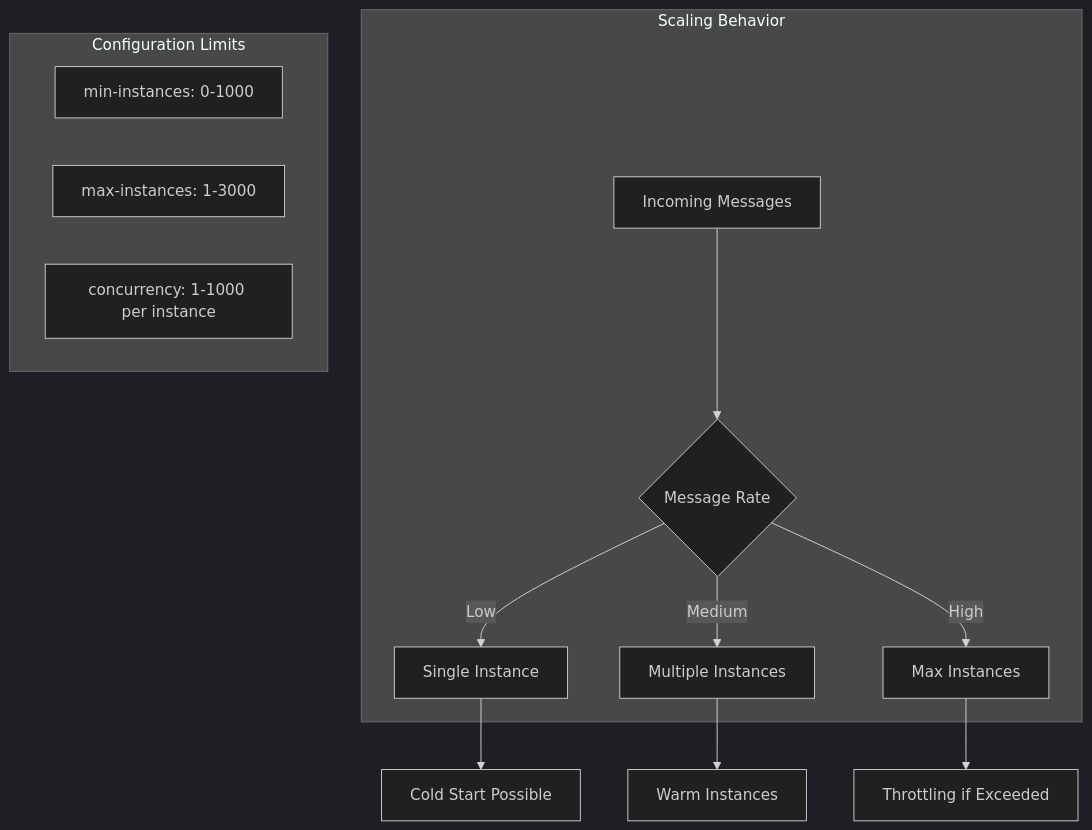
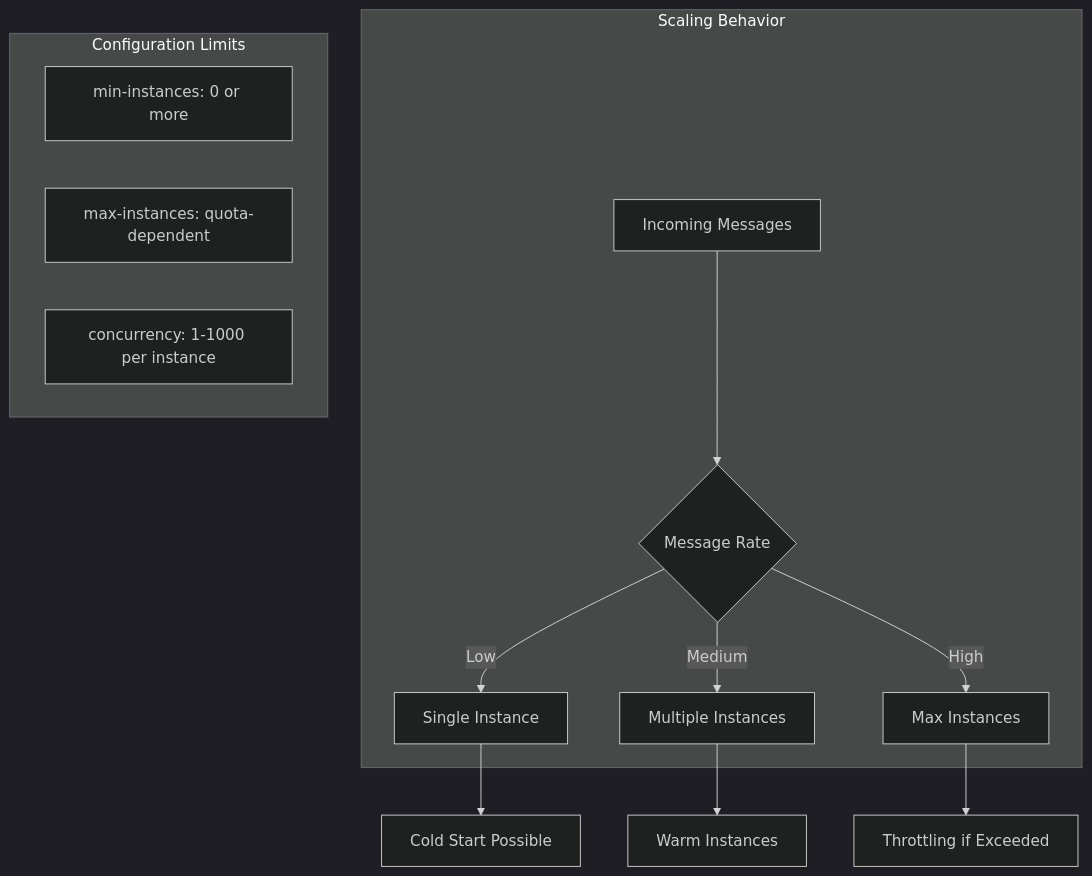
Before and after one commit to OneUptime/blog: the third of 5 diagrams in posts/2026-01-27-pubsub-cloud-functions/README.md, drawn with Mermaid (dark theme). The commit also changed other lines of this file and 2 other files, not shown here.

````diff
--- a/posts/2026-01-27-pubsub-cloud-functions/README.md
+++ b/posts/2026-01-27-pubsub-cloud-functions/README.md
@@ -427,19 +441,19 @@
 ```mermaid
 flowchart TB
     subgraph "Scaling Behavior"
         A[Incoming Messages] --> B{Message Rate}
         B -->|Low| C[Single Instance]
         B -->|Medium| D[Multiple Instances]
         B -->|High| E[Max Instances]
     end
 
     subgraph "Configuration Limits"
-        F[min-instances: 0-1000]
-        G[max-instances: 1-3000]
+        F[min-instances: 0 or more]
+        G[max-instances: quota-dependent]
         H[concurrency: 1-1000 per instance]
     end
 
     C --> I[Cold Start Possible]
     D --> J[Warm Instances]
     E --> K[Throttling if Exceeded]
 ```
````
